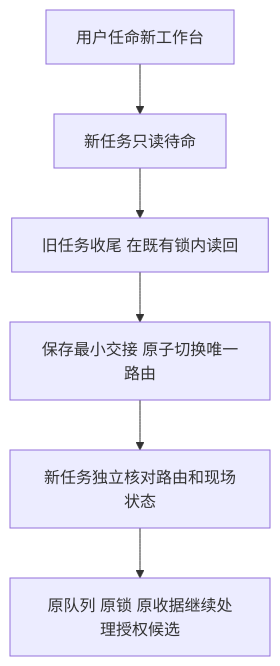
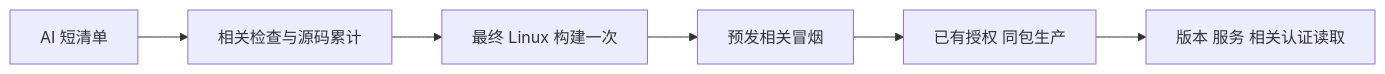
The diagram in docs/operations/domestic-main-release.md (qianlan33333-png/AI-CRM-v4), drawn with Mermaid before and after one commit. The commit also changed other lines of this file and 22 other files, not shown here.

````diff
--- a/docs/operations/domestic-main-release.md
+++ b/docs/operations/domestic-main-release.md
@@ -57,8 +12,8 @@
 ```mermaid
-flowchart TD
- A[用户任命新工作台] --> B[新任务只读待命]
- B --> C[旧任务收尾 在既有锁内读回]
- C --> D[保存最小交接 原子切换唯一路由]
- D --> E[新任务独立核对路由和现场状态]
- E --> F[原队列 原锁 原收据继续处理授权候选]
+flowchart LR
+ A[AI 短清单] --> B[相关检查与源码累计]
+ B --> C[最终 Linux 构建一次]
+ C --> D[预发相关冒烟]
+ D --> E[已有授权 同包生产]
+ E --> F[版本 服务 相关认证读取]
 ```
````
